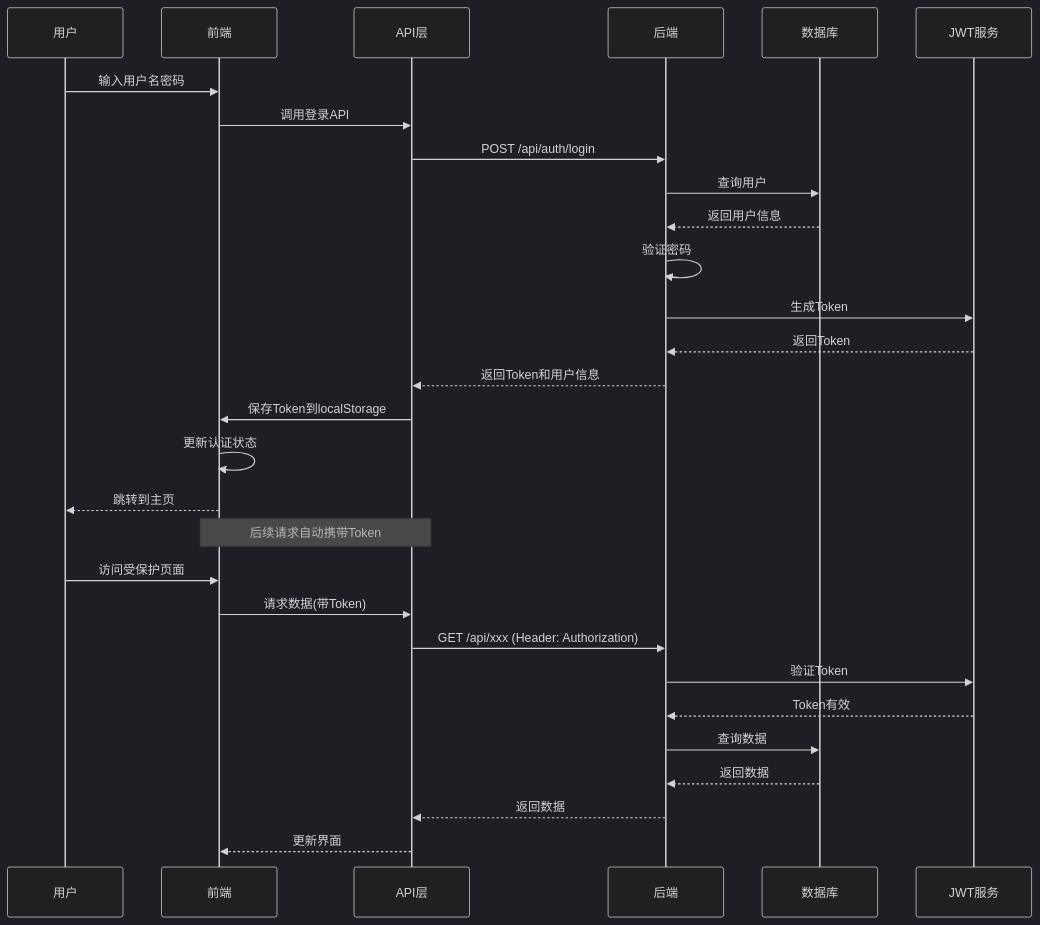
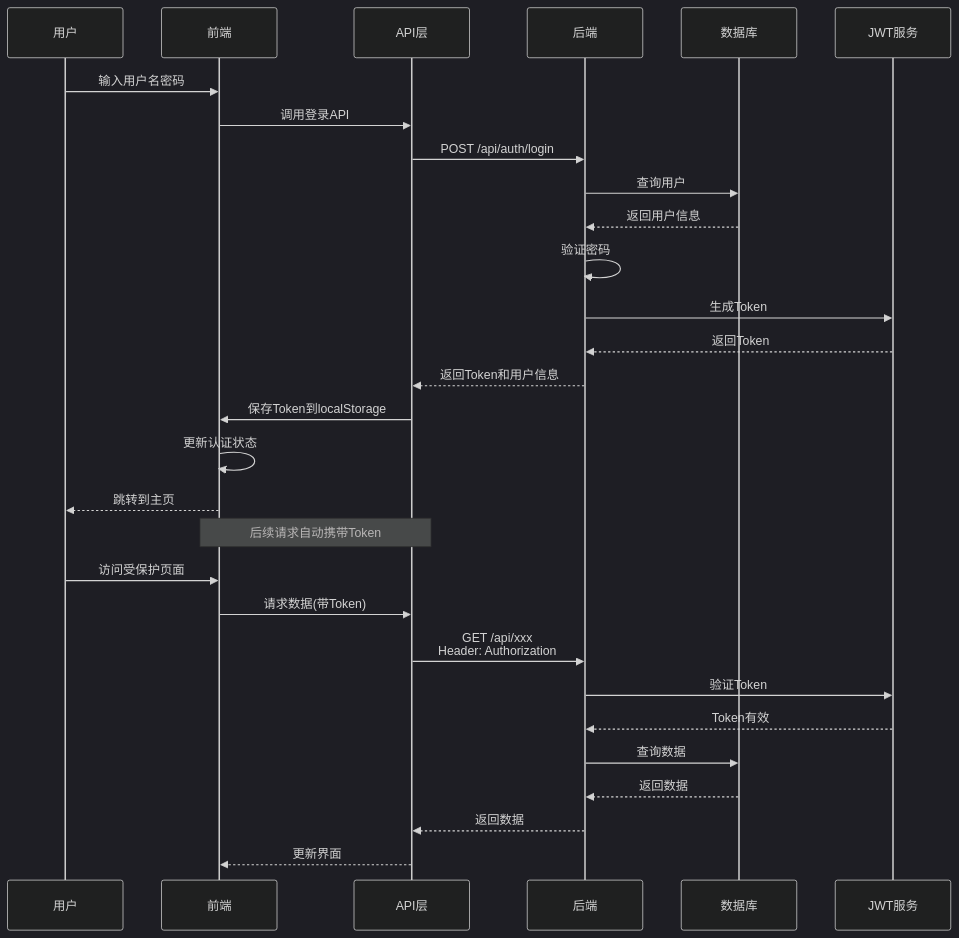
Before and after one commit to junyiPayne/-: the eighth of 8 diagrams in 项目结构图.md, drawn with Mermaid (dark theme). The commit also changed other lines of this file, not shown here.

````diff
--- a/项目结构图.md
+++ b/项目结构图.md
@@ -459,33 +459,33 @@
 ```mermaid
 sequenceDiagram
     participant U as 用户
     participant F as 前端
     participant API as API层
     participant B as 后端
     participant DB as 数据库
     participant JWT as JWT服务
     
     U->>F: 输入用户名密码
     F->>API: 调用登录API
     API->>B: POST /api/auth/login
     B->>DB: 查询用户
     DB-->>B: 返回用户信息
     B->>B: 验证密码
     B->>JWT: 生成Token
     JWT-->>B: 返回Token
     B-->>API: 返回Token和用户信息
     API->>F: 保存Token到localStorage
     F->>F: 更新认证状态
     F-->>U: 跳转到主页
     
     Note over F,API: 后续请求自动携带Token
     U->>F: 访问受保护页面
     F->>API: 请求数据(带Token)
-    API->>B: GET /api/xxx (Header: Authorization)
+    API->>B: GET /api/xxx<br/>Header: Authorization
     B->>JWT: 验证Token
     JWT-->>B: Token有效
     B->>DB: 查询数据
     DB-->>B: 返回数据
     B-->>API: 返回数据
     API-->>F: 更新界面
 ```
````
